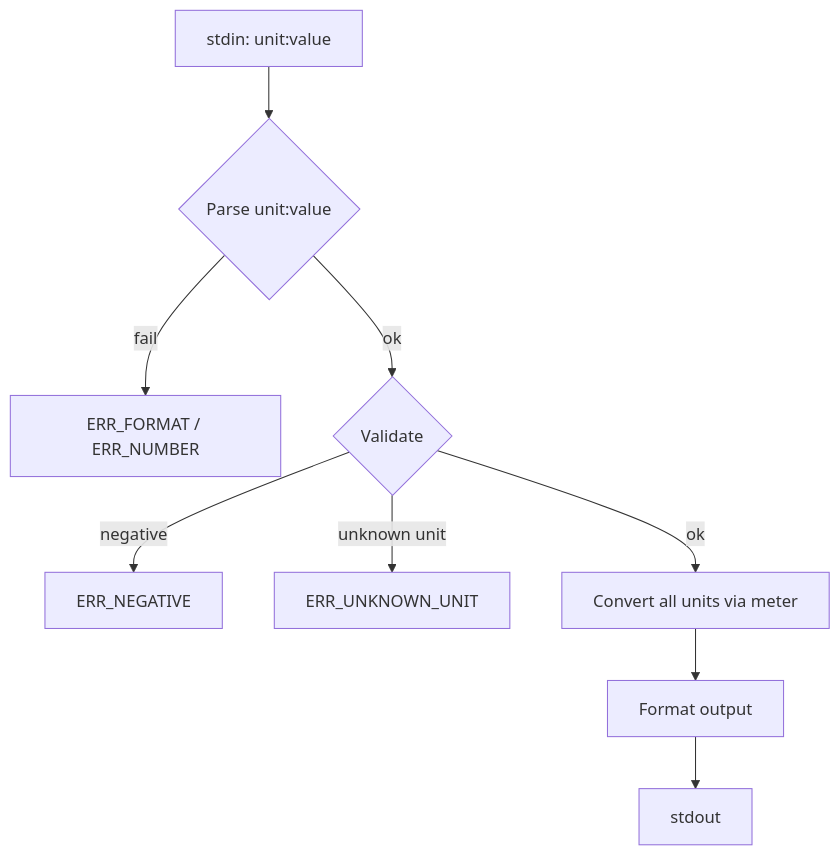
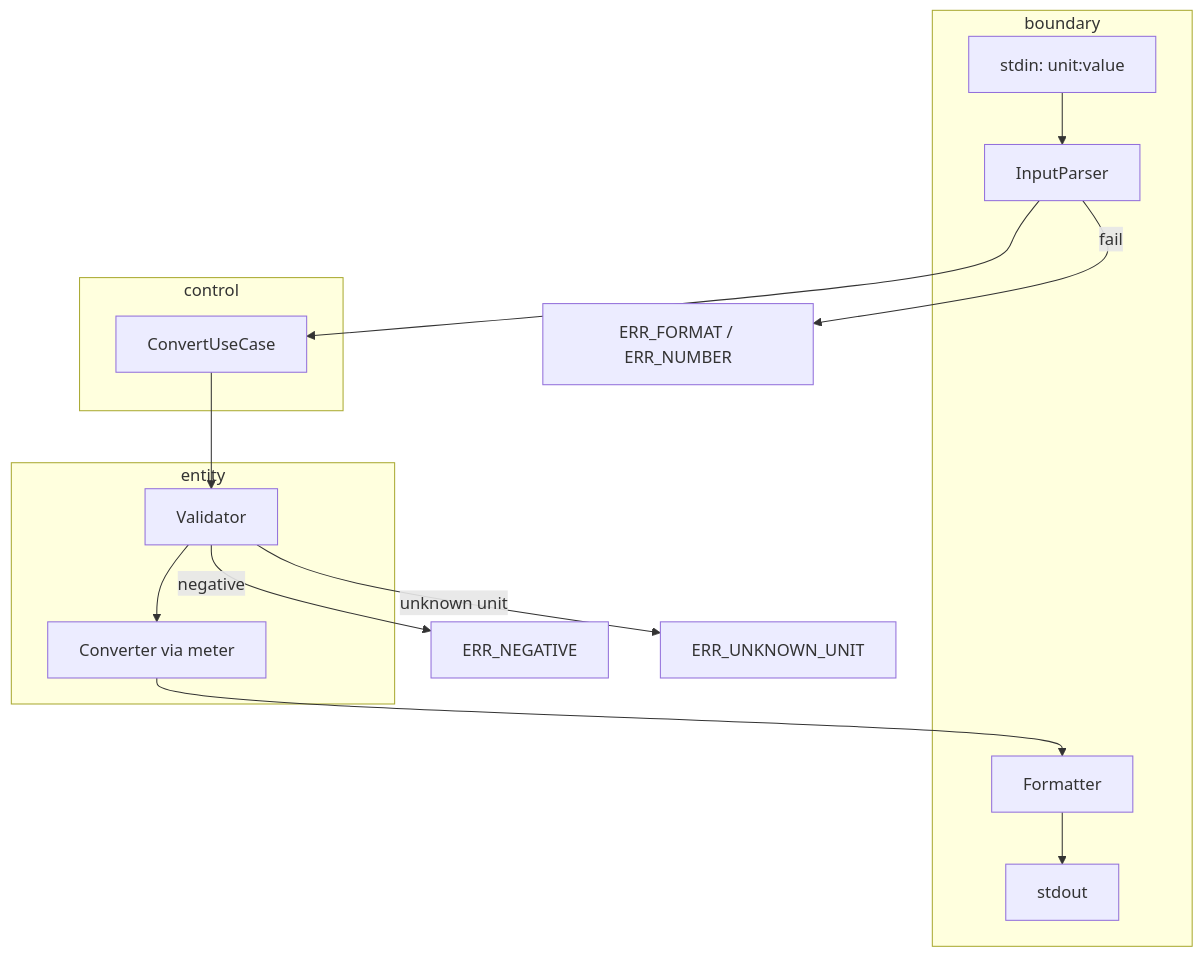
One commit to mrjini/UnitConverter_14 changed the diagram in docs/spec/03-functional-spec.md. Above: the diagram before and after it, drawn with Mermaid. The commit also changed other lines of this file and 12 other files, not shown here.

````diff
--- a/docs/spec/03-functional-spec.md
+++ b/docs/spec/03-functional-spec.md
@@ -95,11 +105,25 @@
 ```mermaid
 flowchart TD
-    A[stdin: unit:value] --> B{Parse unit:value}
+    subgraph boundary
+        A[stdin: unit:value]
+        B[InputParser]
+        F[Formatter]
+        G[stdout]
+    end
+    subgraph control
+        UC[ConvertUseCase]
+    end
+    subgraph entity
+        C[Validator]
+        D[Converter via meter]
+    end
+    A --> B
     B -->|fail| E1[ERR_FORMAT / ERR_NUMBER]
-    B -->|ok| C{Validate}
+    B --> UC
+    UC --> C
     C -->|negative| E2[ERR_NEGATIVE]
     C -->|unknown unit| E3[ERR_UNKNOWN_UNIT]
-    C -->|ok| D[Convert all units via meter]
-    D --> F[Format output]
-    F --> G[stdout]
+    C --> D
+    D --> F
+    F --> G
 ```
````
